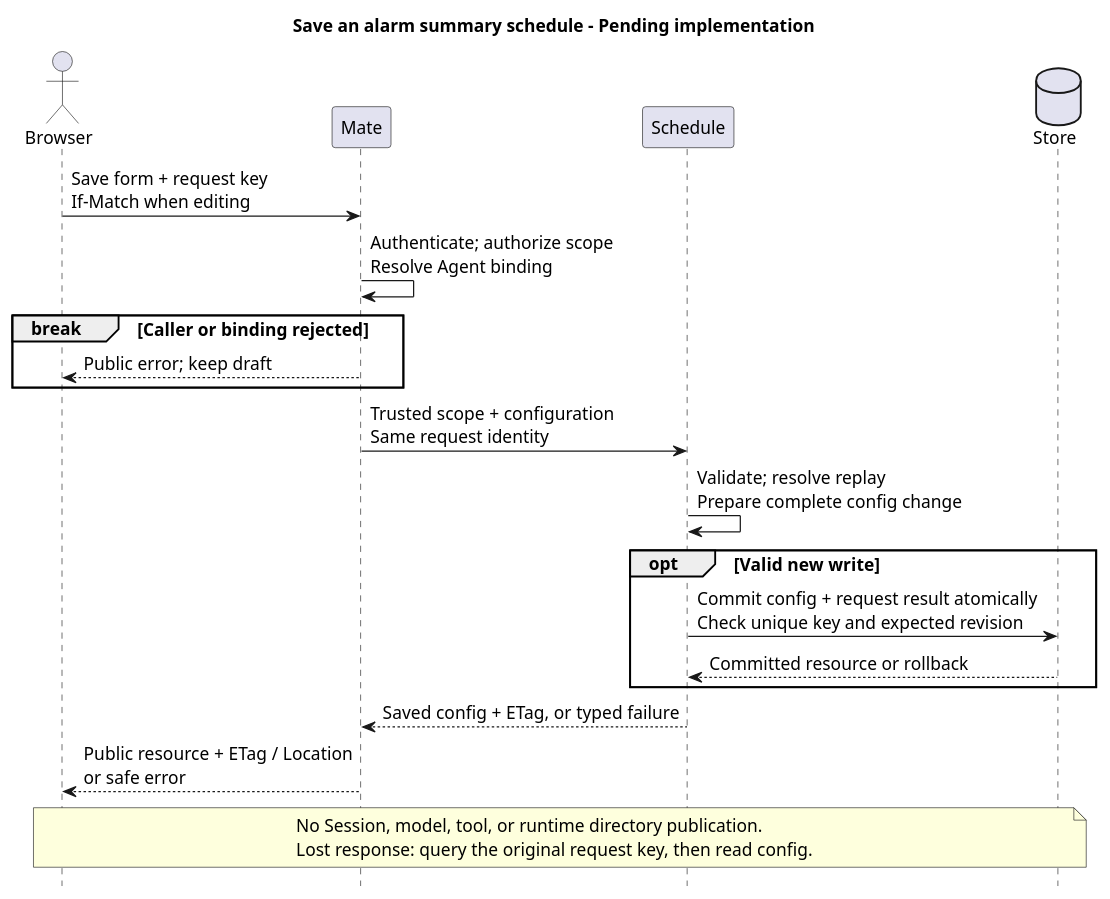
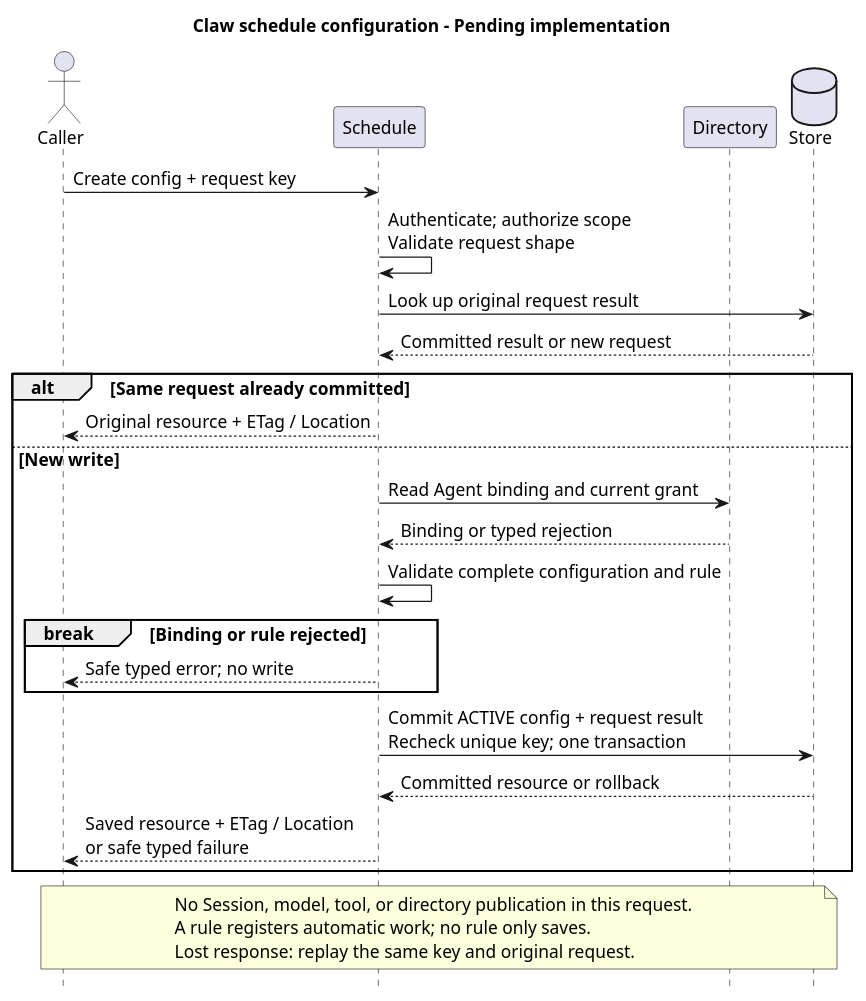
Before and after one commit to ssm0808/pi-mono-java-design: the third of 3 diagrams in 01-总体架构/08-CampusClaw定时任务/diagram.puml, drawn with PlantUML. The commit also changed other lines of this file and 11 other files, not shown here.

Commit message:
docs(schedule): clarify Spring cron and Claw configuration semantics

```diff
--- a/01-总体架构/08-CampusClaw定时任务/diagram.puml
+++ b/01-总体架构/08-CampusClaw定时任务/diagram.puml
@@ -134,35 +134,38 @@
 @startuml schedule_configuration_save
-' Target: Pending implementation; only configuration save, no scheduled execution.
+' Target: Pending implementation; Claw configuration request, no in-request execution.
 ' Evidence: pi-mono-java 553dcd5e2ff682f9684810a043b442b37a02e54a
 ' modules/cron/src/main/java/com/campusclaw/cron/CronService.java createJob
 ' modules/cron/src/main/java/com/campusclaw/cron/store/CronStore.java saveUnsafe
 ' modules/coding-agent-cli/src/main/java/com/campusclaw/codingagent/runtime/AgentRuntimeManager.java prepare
-' mate-service 4b957a3a846659f5b7569c9d6133abc070cd2e3c
-' src/main/java/com/huawei/hicampus/mate/agentdefinition/controller/AgentDefinitionController.java
-' Design reason: one config authority, durable reply, no model-mediated creation.
-title Save an alarm summary schedule - Pending implementation
+' Design reason: one Claw contract, durable replay, read-only binding checks.
+title Claw schedule configuration - Pending implementation
 skinparam backgroundColor white
 skinparam defaultFontSize 14
 hide footbox
-actor Browser
-participant Mate
+actor Caller
 participant Schedule
+participant Directory
 database Store
-Browser -> Mate : Save form + request key\nIf-Match when editing
-Mate -> Mate : Authenticate; authorize scope\nResolve Agent binding
-break Caller or binding rejected
-  Mate --> Browser : Public error; keep draft
+Caller -> Schedule : Create config + request key
+Schedule -> Schedule : Authenticate; authorize scope\nValidate request shape
+Schedule -> Store : Look up original request result
+Store --> Schedule : Committed result or new request
+alt Same request already committed
+  Schedule --> Caller : Original resource + ETag / Location
+else New write
+  Schedule -> Directory : Read Agent binding and current grant
+  Directory --> Schedule : Binding or typed rejection
+  Schedule -> Schedule : Validate complete configuration and rule
+  break Binding or rule rejected
+    Schedule --> Caller : Safe typed error; no write
+  end
+  Schedule -> Store : Commit ACTIVE config + request result\nRecheck unique key; one transaction
+  Store --> Schedule : Committed resource or rollback
+  Schedule --> Caller : Saved resource + ETag / Location\nor safe typed failure
 end
-Mate -> Schedule : Trusted scope + configuration\nSame request identity
-Schedule -> Schedule : Validate; resolve replay\nPrepare complete config change
-opt Valid new write
-  Schedule -> Store : Commit config + request result atomically\nCheck unique key and expected revision
-  Store --> Schedule : Committed resource or rollback
-end
-Schedule --> Mate : Saved config + ETag, or typed failure
-Mate --> Browser : Public resource + ETag / Location\nor safe error
-note over Browser, Store
-  No Session, model, tool, or runtime directory publication.
-  Lost response: query the original request key, then read config.
+note over Caller, Store
+  No Session, model, tool, or directory publication in this request.
+  A rule registers automatic work; no rule only saves.
+  Lost response: replay the same key and original request.
 end note
 @enduml
```
